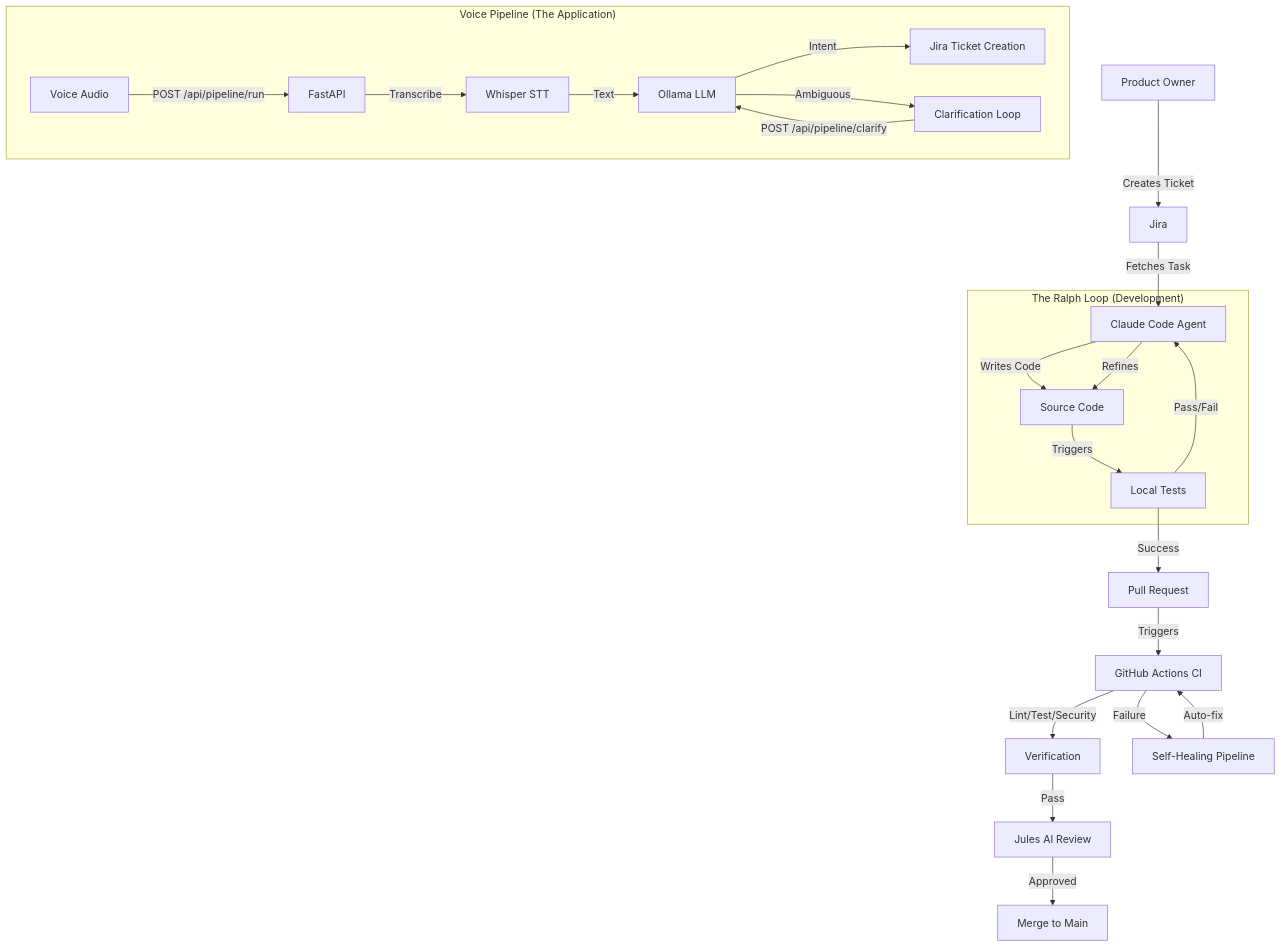
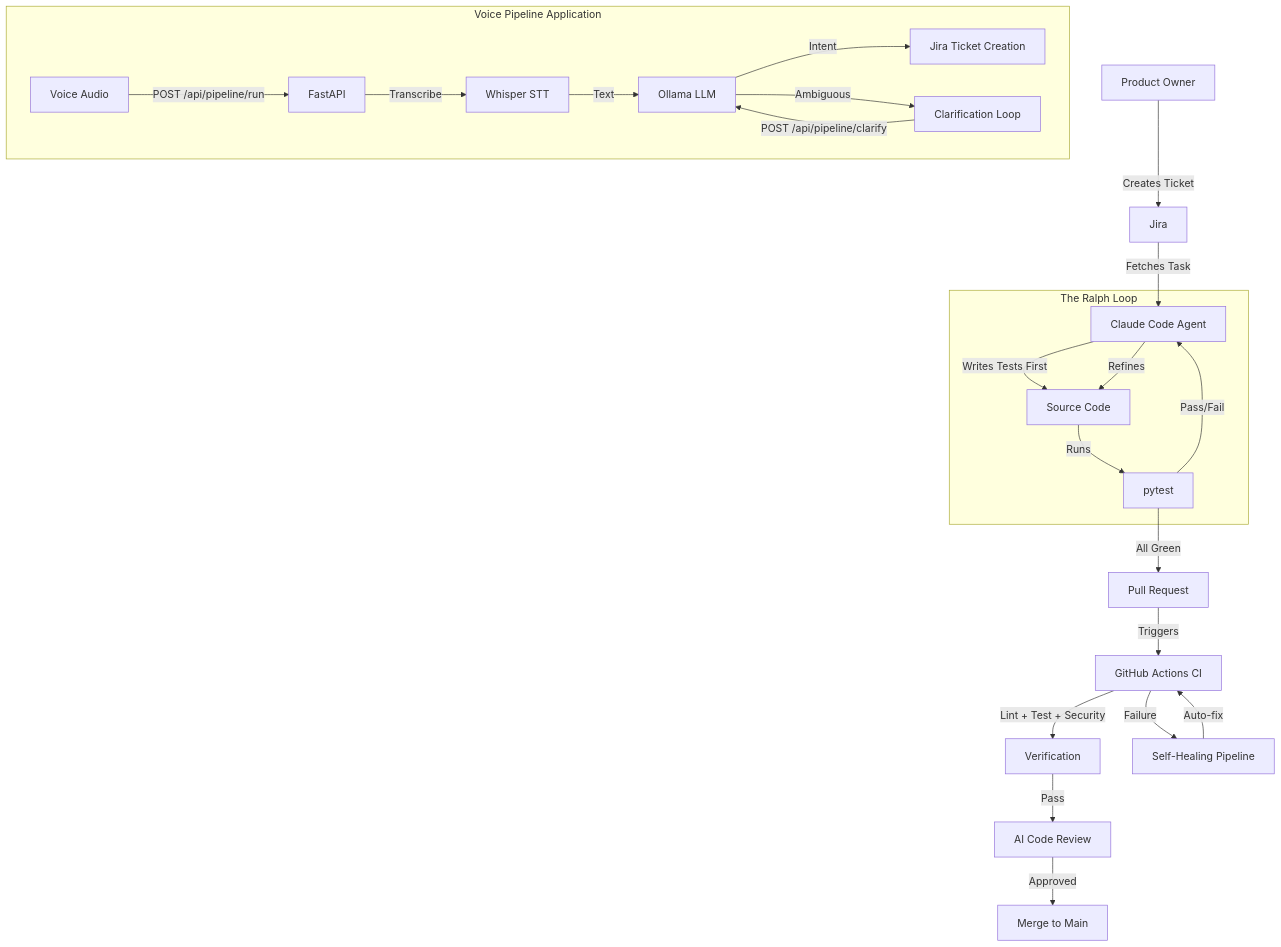
One commit to itsimonfredlingjack/agentic-devops-loop changed the diagram in README.md. Above: the diagram before and after it, drawn with Mermaid. The commit also changed other lines of this file, not shown here.

````diff
--- a/README.md
+++ b/README.md
@@ -44,27 +46,27 @@
 ```mermaid
 graph TD
     User[Product Owner] -->|Creates Ticket| Jira[Jira]
     Jira -->|Fetches Task| Agent[Claude Code Agent]
-    subgraph "The Ralph Loop (Development)"
-        Agent -->|Writes Code| Code[Source Code]
-        Code -->|Triggers| Tests[Local Tests]
+    subgraph "The Ralph Loop"
+        Agent -->|Writes Tests First| Code[Source Code]
+        Code -->|Runs| Tests[pytest]
         Tests -->|Pass/Fail| Agent
         Agent -->|Refines| Code
     end
-    Tests -->|Success| PR[Pull Request]
+    Tests -->|All Green| PR[Pull Request]
     PR -->|Triggers| CI[GitHub Actions CI]
-    CI -->|Lint/Test/Security| Verify[Verification]
+    CI -->|Lint + Test + Security| Verify[Verification]
     CI -->|Failure| SelfHeal[Self-Healing Pipeline]
     SelfHeal -->|Auto-fix| CI
-    Verify -->|Pass| Jules[Jules AI Review]
-    Jules -->|Approved| Merge[Merge to Main]
+    Verify -->|Pass| Review[AI Code Review]
+    Review -->|Approved| Merge[Merge to Main]
 
-    subgraph "Voice Pipeline (The Application)"
+    subgraph "Voice Pipeline Application"
         Audio[Voice Audio] -->|POST /api/pipeline/run| VP[FastAPI]
         VP -->|Transcribe| Whisper[Whisper STT]
         Whisper -->|Text| Ollama[Ollama LLM]
         Ollama -->|Intent| JiraCreate[Jira Ticket Creation]
         Ollama -->|Ambiguous| Clarify[Clarification Loop]
         Clarify -->|POST /api/pipeline/clarify| Ollama
     end
 ```
````
